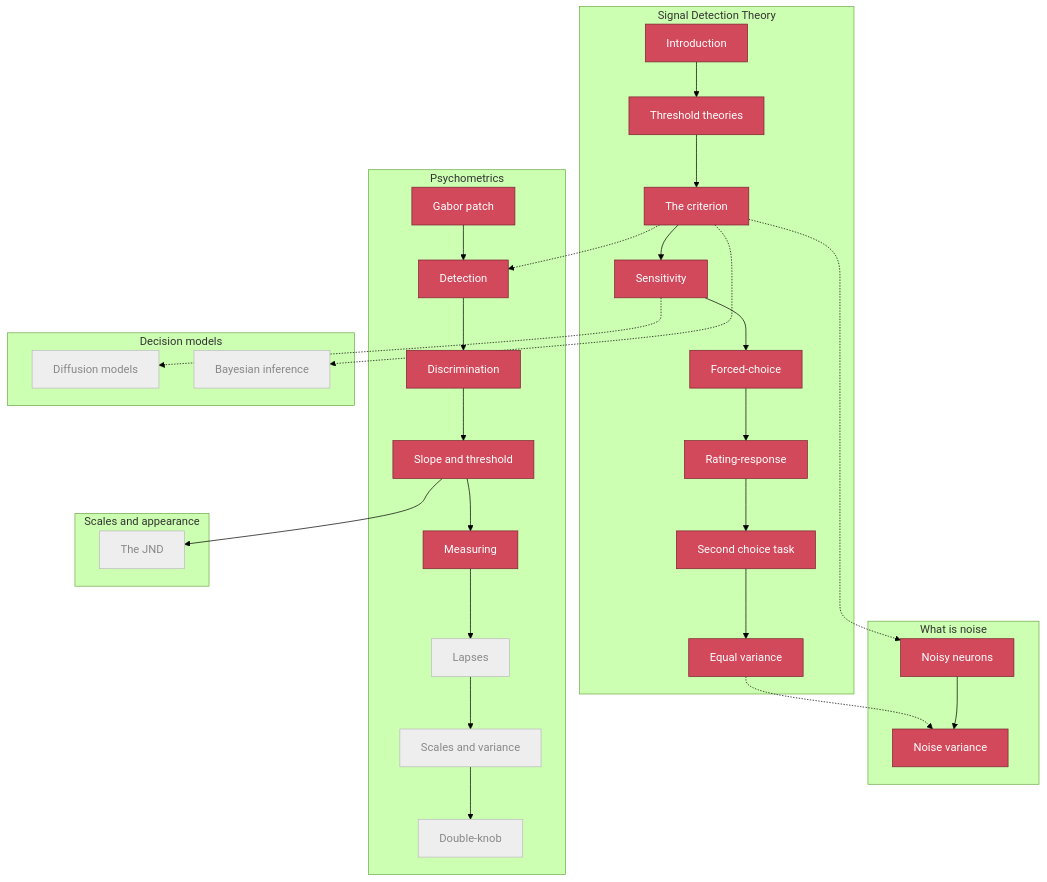
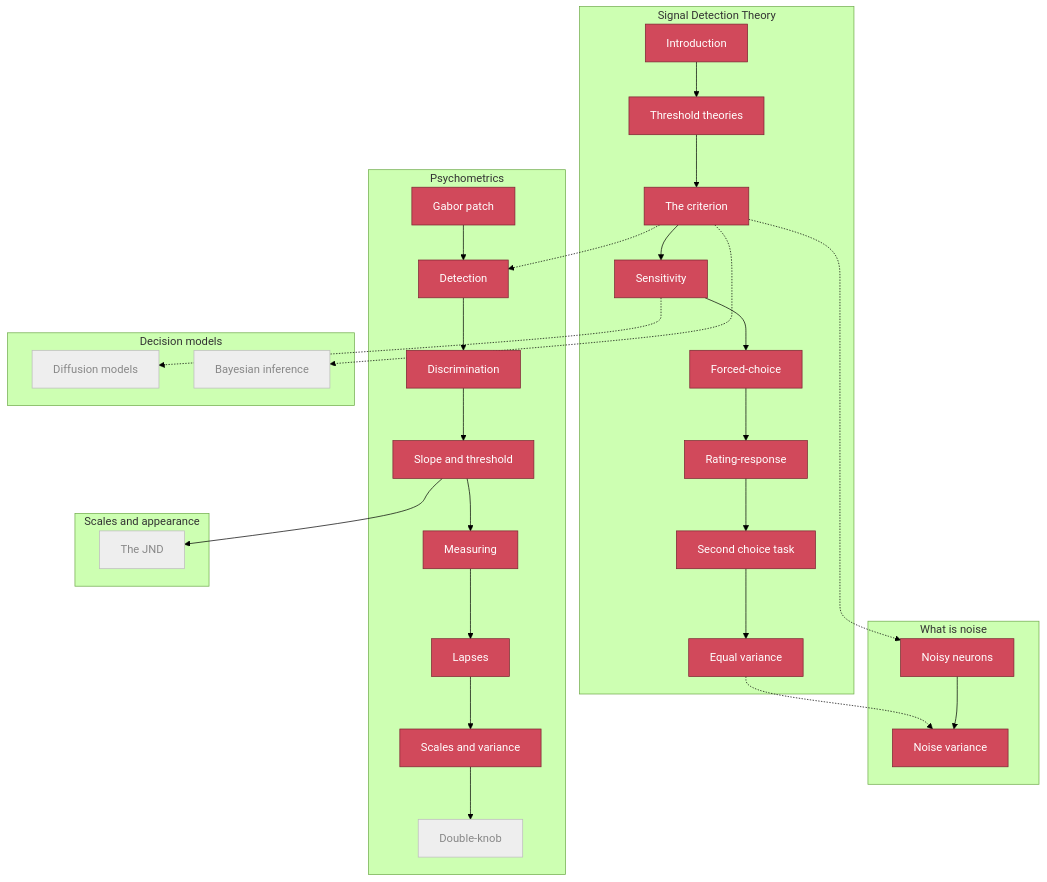
One commit to tbalsdon/psychophysical-choose-your-own-adventure changed the diagram in sitemap.md. Above: the diagram before and after it, drawn with Mermaid (forest theme). The commit also changed 9 other files, not shown here.

First line of the commit message:
Psychometrics batch 4: lapses & wobbly criteria; scales & variance

````diff
--- a/sitemap.md
+++ b/sitemap.md
@@ -12,69 +12,71 @@
 ```{mermaid}
 flowchart TD
     subgraph SDT [Signal Detection Theory]
         a[Introduction]
         b[Threshold theories]
         d[The criterion]
         e[Sensitivity]
         f[Forced-choice]
         g[Rating-response]
         h[Second choice task]
         i[Equal variance]
     end
 
     subgraph NOISE [What is noise]
         nn[Noisy neurons]
         nv[Noise variance]
     end
 
     subgraph PSY [Psychometrics]
         pg[Gabor patch]
         pd[Detection]
         pdi[Discrimination]
         pst[Slope and threshold]
         pme[Measuring]
         pla[Lapses]
         psc[Scales and variance]
         pdk[Double-knob]
     end
 
     subgraph SCALE [Scales and appearance]
         s1[The JND]
     end
 
     subgraph DM [Decision models]
         dm1[Diffusion models]
         dm2[Bayesian inference]
     end
 
     a --> b --> d --> e --> f --> g --> h --> i
     d -.-> nn
     i -.-> nv
     nn --> nv
     d -.-> pd
     pg --> pd --> pdi --> pst --> pme --> pla --> psc --> pdk
     pst --> s1
     e -.-> dm1
     d -.-> dm2
 
     classDef done fill:#d1495b,stroke:#7a2230,color:#fff;
     classDef todo fill:#eee,stroke:#bbb,color:#888;
-    class a,b,d,e,f,g,h,i,nn,nv,pg,pd,pdi,pst,pme done;
-    class pla,psc,pdk,s1,dm1,dm2 todo;
+    class a,b,d,e,f,g,h,i,nn,nv,pg,pd,pdi,pst,pme,pla,psc done;
+    class pdk,s1,dm1,dm2 todo;
 
     click a "../modules/sdt-intro"
     click b "../modules/sdt-threshold-theories"
     click d "../modules/sdt-criterion"
     click e "../modules/sdt-sensitivity"
     click f "../modules/sdt-forced-choice"
     click g "../modules/sdt-rating-response"
     click h "../modules/sdt-second-choice"
     click i "../modules/sdt-equal-variance"
     click nn "../modules/noise-noisy-neurons"
     click nv "../modules/noise-variance"
     click pg "../modules/psy-gabor"
     click pd "../modules/psy-detection"
     click pdi "../modules/psy-discrimination"
     click pst "../modules/psy-slope-threshold-bias"
     click pme "../modules/psy-measuring"
+    click pla "../modules/psy-lapses"
+    click psc "../modules/psy-scales"
 ```
````
